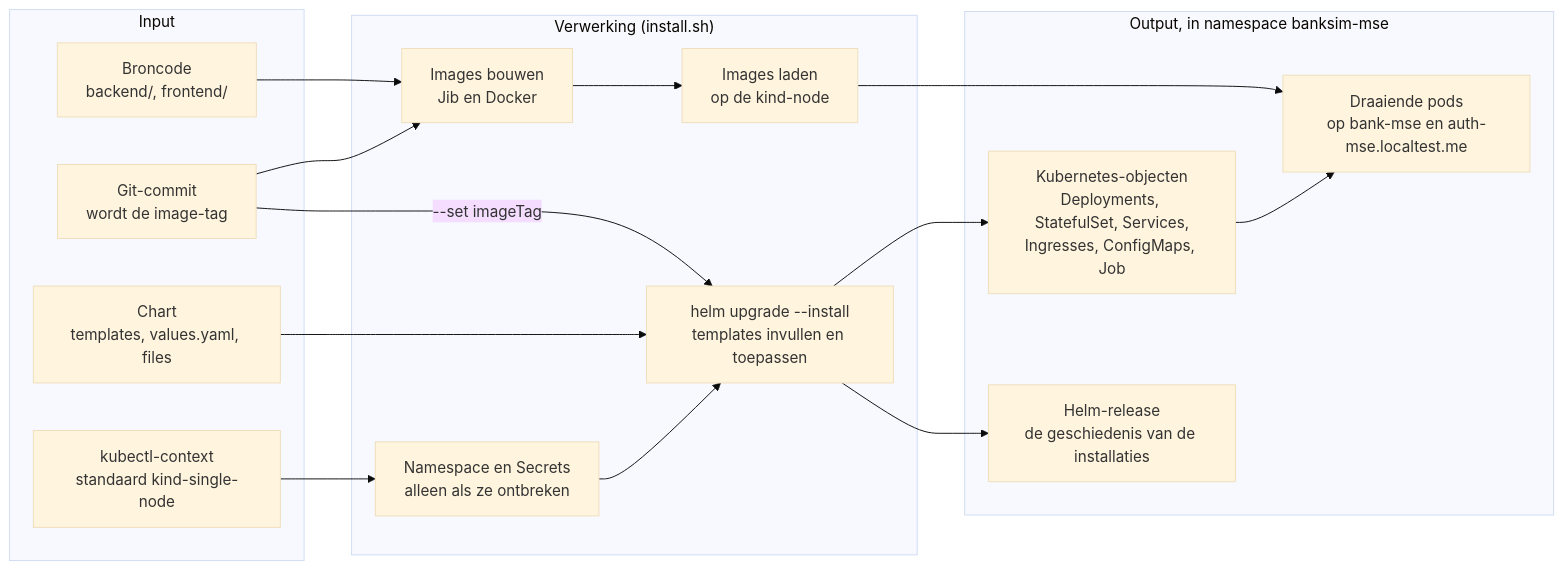
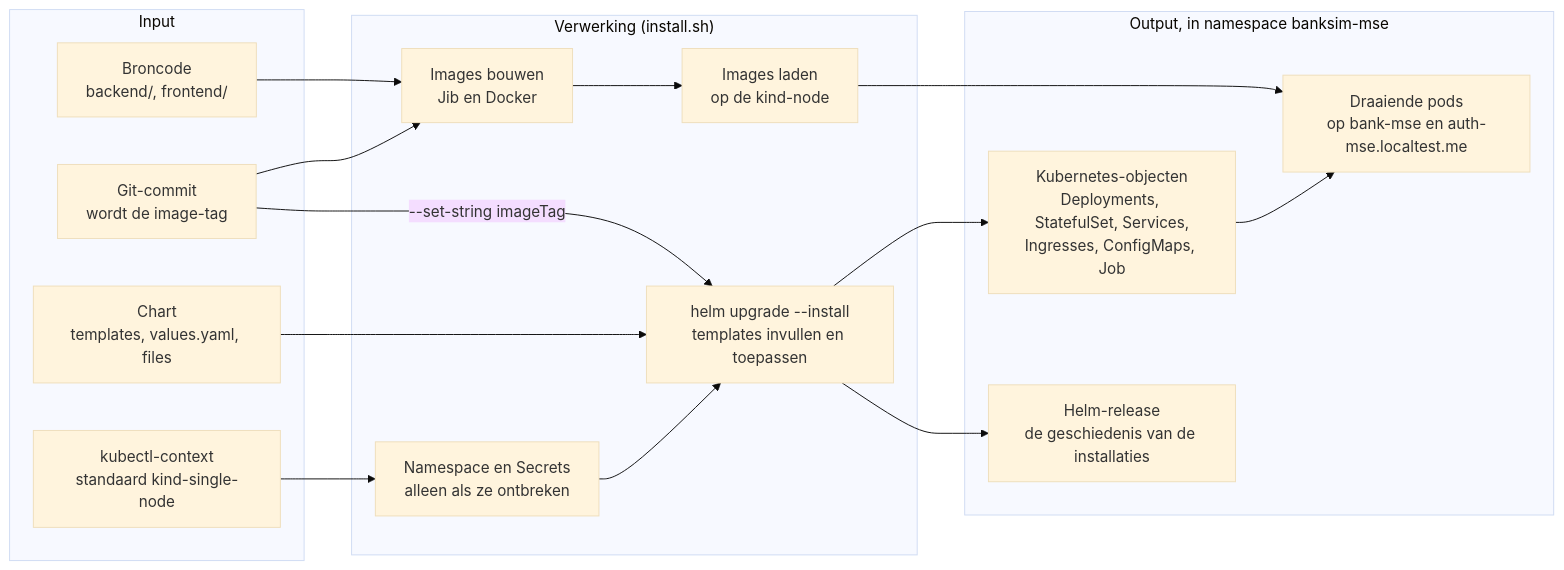
One commit to edwinbulter/banksim-mse changed the diagram in deploy/README.md. Above: the diagram before and after it, drawn with Mermaid (base theme). The commit also changed 3 other files, not shown here.

````diff
--- a/deploy/README.md
+++ b/deploy/README.md
@@ -40,34 +40,34 @@
 ```mermaid
 flowchart LR
   subgraph input["Input"]
     src["Broncode<br/>backend/, frontend/"]
     git["Git-commit<br/>wordt de image-tag"]
     chart["Chart<br/>templates, values.yaml, files"]
     ctx["kubectl-context<br/>standaard kind-single-node"]
   end
 
   subgraph verwerking["Verwerking (install.sh)"]
     build["Images bouwen<br/>Jib en Docker"]
     load["Images laden<br/>op de kind-node"]
     sec["Namespace en Secrets<br/>alleen als ze ontbreken"]
     helm["helm upgrade --install<br/>templates invullen en toepassen"]
   end
 
   subgraph output["Output, in namespace banksim-mse"]
     obj["Kubernetes-objecten<br/>Deployments, StatefulSet, Services,<br/>Ingresses, ConfigMaps, Job"]
     rel["Helm-release<br/>de geschiedenis van de installaties"]
     pods["Draaiende pods<br/>op bank-mse en auth-mse.localtest.me"]
   end
 
   src --> build
   git --> build
   build --> load
   load --> pods
   ctx --> sec
   sec --> helm
   chart --> helm
-  git -->|"--set imageTag"| helm
+  git -->|"--set-string imageTag"| helm
   helm --> obj
   helm --> rel
   obj --> pods
 ```
````
